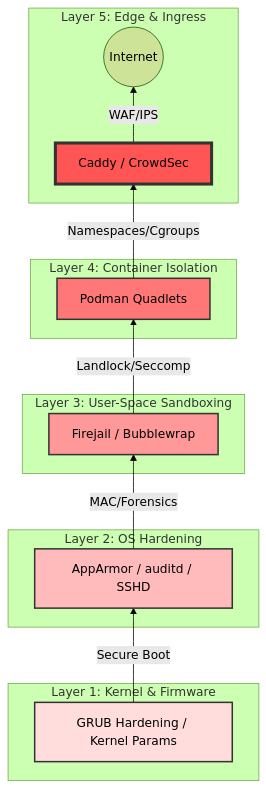
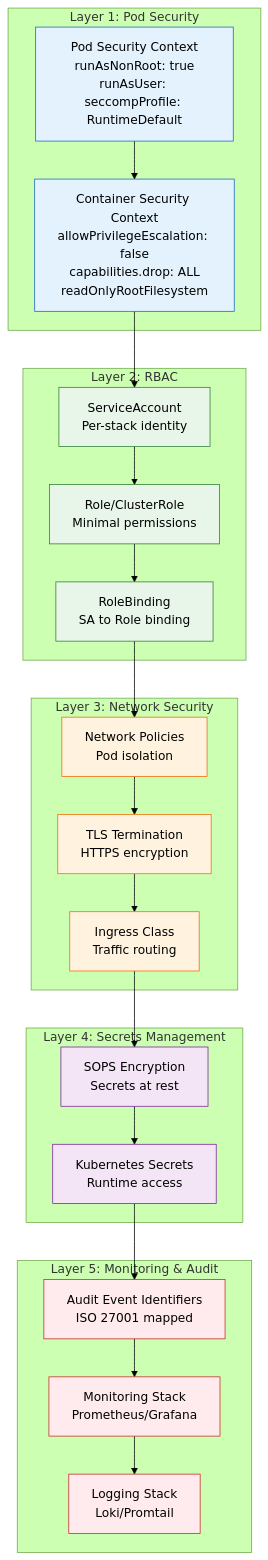
Before and after one commit to allaunthefox/deploy-system-unified: the diagram in docs/architecture/SECURITY_LAYERS.md, drawn with Mermaid (forest theme). The commit also changed other lines of this file and 428 other files, not shown here.

````diff
--- a/docs/architecture/SECURITY_LAYERS.md
+++ b/docs/architecture/SECURITY_LAYERS.md
@@ -5,28 +10,55 @@
 ```mermaid
-graph BT
-    subgraph "Layer 5: Edge & Ingress"
-        L5[Caddy / CrowdSec] -->|WAF/IPS| Internet((Internet))
+graph TB
+    subgraph "Layer 1: Pod Security"
+        PSC["Pod Security Context<br/>runAsNonRoot: true<br/>runAsUser: <app-specific><br/>seccompProfile: RuntimeDefault"]
+        CSC["Container Security Context<br/>allowPrivilegeEscalation: false<br/>capabilities.drop: ALL<br/>readOnlyRootFilesystem"]
     end
 
-    subgraph "Layer 4: Container Isolation"
-        L4[Podman Quadlets] -->|Namespaces/Cgroups| L5
+    subgraph "Layer 2: RBAC"
+        SA["ServiceAccount<br/>Per-stack identity"]
+        ROLE["Role/ClusterRole<br/>Minimal permissions"]
+        ROLEBIND["RoleBinding<br/>SA to Role binding"]
     end
 
-    subgraph "Layer 3: User-Space Sandboxing"
-        L3[Firejail / Bubblewrap] -->|Landlock/Seccomp| L4
+    subgraph "Layer 3: Network Security"
+        NP["Network Policies<br/>Pod isolation"]
+        TLS["TLS Termination<br/>HTTPS encryption"]
+        ING["Ingress Class<br/>Traffic routing"]
     end
 
-    subgraph "Layer 2: OS Hardening"
-        L2[AppArmor / auditd / SSHD] -->|MAC/Forensics| L3
+    subgraph "Layer 4: Secrets Management"
+        SOPS["SOPS Encryption<br/>Secrets at rest"]
+        K8S["Kubernetes Secrets<br/>Runtime access"]
     end
 
-    subgraph "Layer 1: Kernel & Firmware"
-        L1[GRUB Hardening / Kernel Params] -->|Secure Boot| L2
+    subgraph "Layer 5: Monitoring & Audit"
+        AUDIT["Audit Event Identifiers<br/>ISO 27001 mapped"]
+        MON["Monitoring Stack<br/>Prometheus/Grafana"]
+        LOG["Logging Stack<br/>Loki/Promtail"]
     end
 
-    style L1 fill:#fdd,stroke:#333,stroke-width:2px
-    style L2 fill:#fbb,stroke:#333,stroke-width:2px
-    style L3 fill:#f99,stroke:#333,stroke-width:2px
-    style L4 fill:#f77,stroke:#333,stroke-width:2px
-    style L5 fill:#f55,stroke:#333,stroke-width:4px
+    PSC --> CSC
+    CSC --> SA
+    SA --> ROLE
+    ROLE --> ROLEBIND
+    ROLEBIND --> NP
+    NP --> TLS
+    TLS --> ING
+    ING --> SOPS
+    SOPS --> K8S
+    K8S --> AUDIT
+    AUDIT --> MON
+    MON --> LOG
+
+    classDef layer1 fill:#e3f2fd,stroke:#1565c0
+    classDef layer2 fill:#e8f5e9,stroke:#2e7d32
+    classDef layer3 fill:#fff3e0,stroke:#ef6c00
+    classDef layer4 fill:#f3e5f5,stroke:#7b1fa2
+    classDef layer5 fill:#ffebee,stroke:#c62828
+
+    class PSC,CSC layer1
+    class SA,ROLE,ROLEBIND layer2
+    class NP,TLS,ING layer3
+    class SOPS,K8S layer4
+    class AUDIT,MON,LOG layer5
 ```
````
